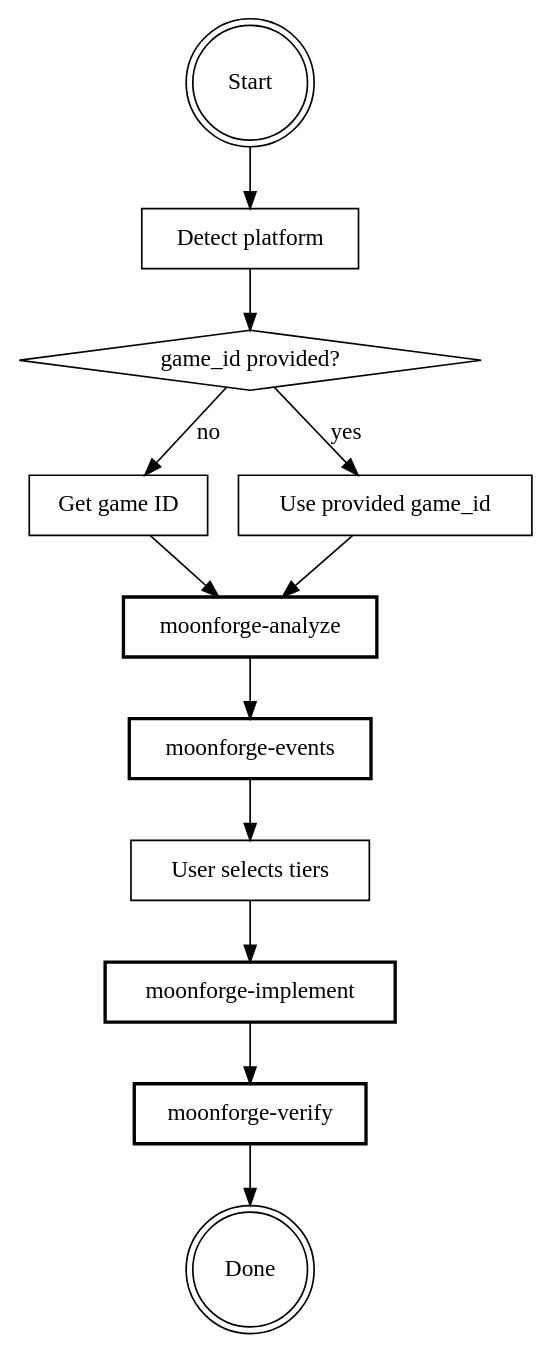
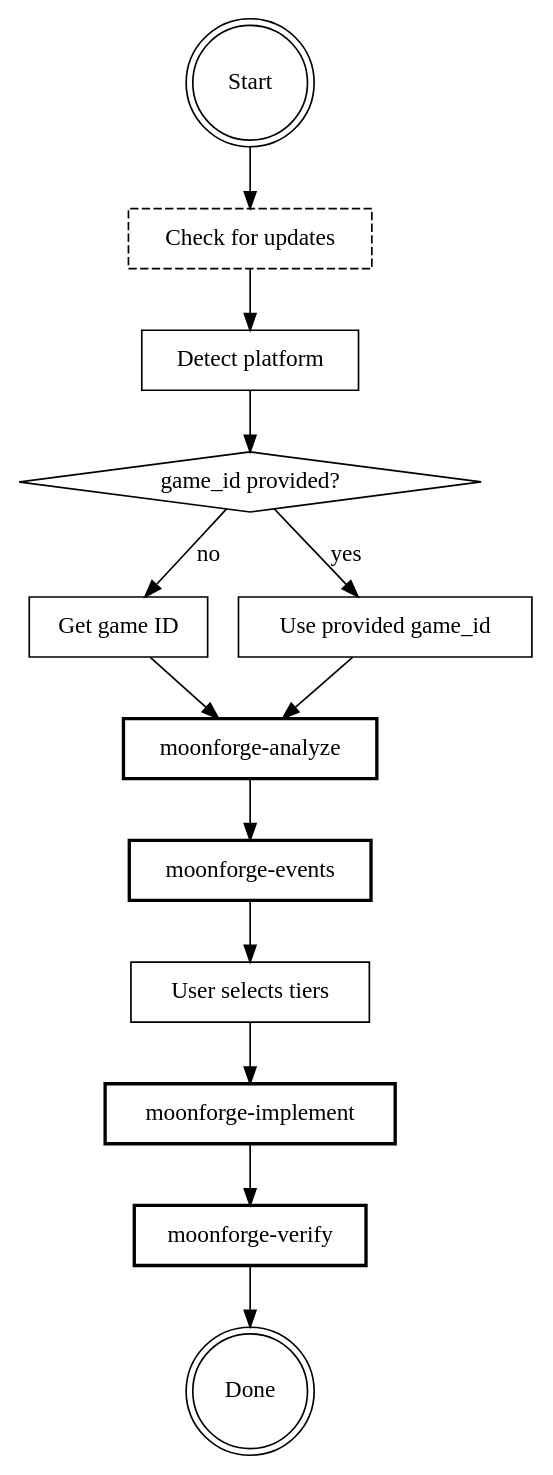
One commit to MoonForgeAI/moonforge-skill changed the diagram in skills/moonforge/SKILL.md. Above: the diagram before and after it, drawn with Graphviz. The commit also changed other lines of this file and 1 other file, not shown here.

First line of the commit message:
feat: check for a newer skill version on every /moonforge run

````diff
--- a/skills/moonforge/SKILL.md
+++ b/skills/moonforge/SKILL.md
@@ -33,27 +33,29 @@
 ```dot
 digraph moonforge {
     "Start" [shape=doublecircle];
+    "Check for updates" [shape=box, style=dashed];
     "Detect platform" [shape=box];
     "Get game ID" [shape=box];
     "game_id provided?" [shape=diamond];
     "Use provided game_id" [shape=box];
     "moonforge-analyze" [shape=box, style=bold];
     "moonforge-events" [shape=box, style=bold];
     "User selects tiers" [shape=box];
     "moonforge-implement" [shape=box, style=bold];
     "moonforge-verify" [shape=box, style=bold];
     "Done" [shape=doublecircle];
 
-    "Start" -> "Detect platform";
+    "Start" -> "Check for updates";
+    "Check for updates" -> "Detect platform";
     "Detect platform" -> "game_id provided?";
     "game_id provided?" -> "Use provided game_id" [label="yes"];
     "game_id provided?" -> "Get game ID" [label="no"];
     "Use provided game_id" -> "moonforge-analyze";
     "Get game ID" -> "moonforge-analyze";
     "moonforge-analyze" -> "moonforge-events";
     "moonforge-events" -> "User selects tiers";
     "User selects tiers" -> "moonforge-implement";
     "moonforge-implement" -> "moonforge-verify";
     "moonforge-verify" -> "Done";
 }
 ```
````
